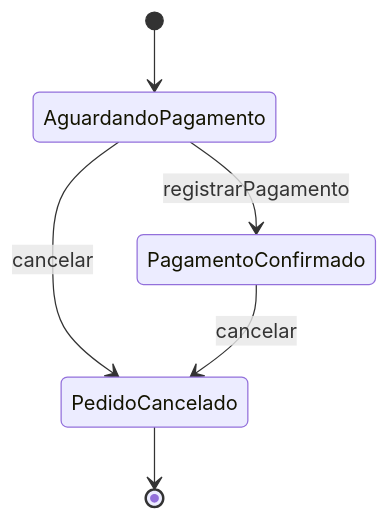
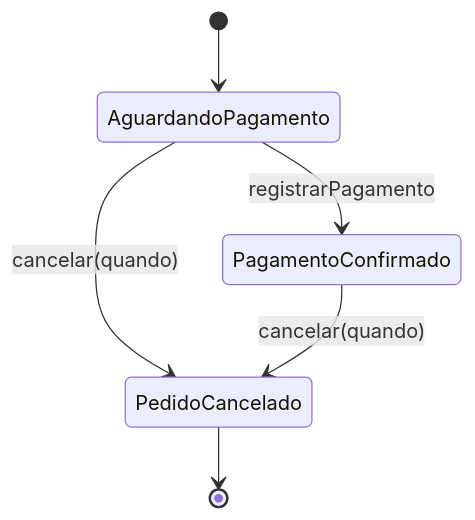
The second of 7 diagrams in openspec/specs/painel-acompanhamento-pedidos/state-machines.md (claytonfraga/painel_pedidos_component), drawn with Mermaid before and after one commit. The commit also changed other lines of this file and 21 other files, not shown here.

````diff
--- a/openspec/specs/painel-acompanhamento-pedidos/state-machines.md
+++ b/openspec/specs/painel-acompanhamento-pedidos/state-machines.md
@@ -98,8 +105,8 @@
 ```mermaid
 stateDiagram-v2
     [*] --> AguardandoPagamento
     AguardandoPagamento --> PagamentoConfirmado : registrarPagamento
-    AguardandoPagamento --> PedidoCancelado : cancelar
-    PagamentoConfirmado --> PedidoCancelado : cancelar
+    AguardandoPagamento --> PedidoCancelado : cancelar(quando)
+    PagamentoConfirmado --> PedidoCancelado : cancelar(quando)
     PedidoCancelado --> [*]
 ```
````
